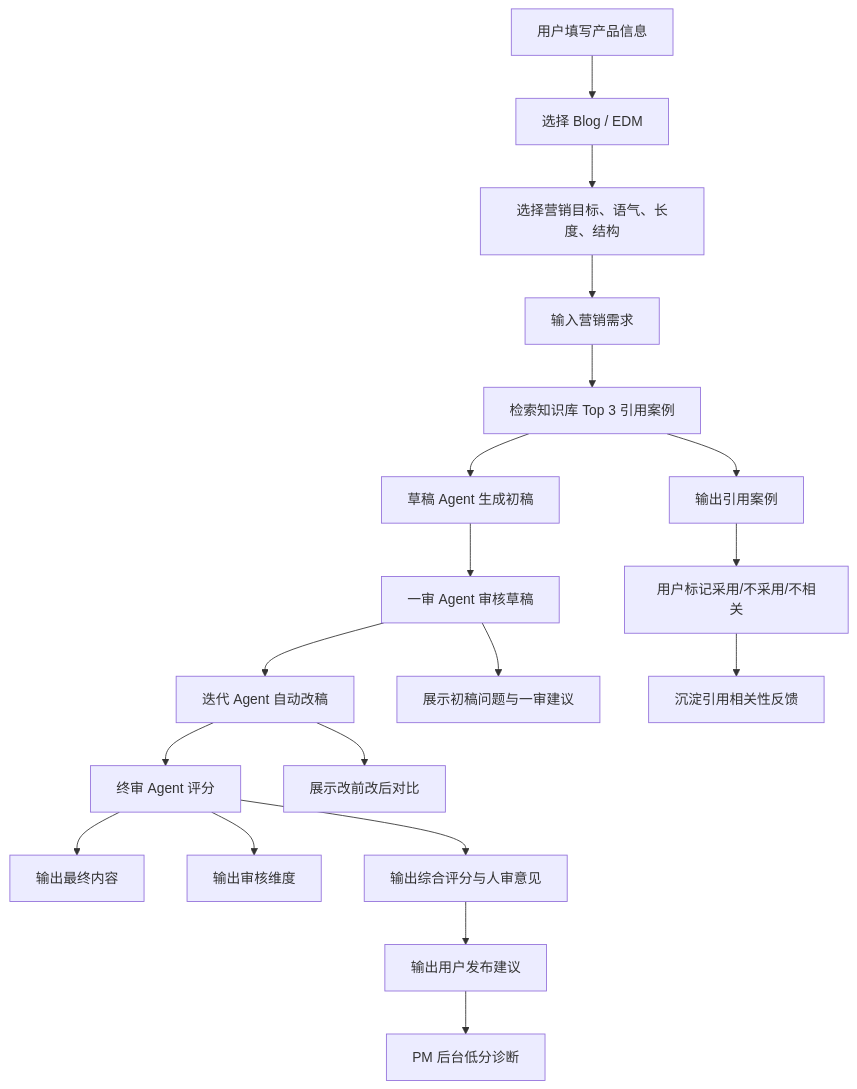
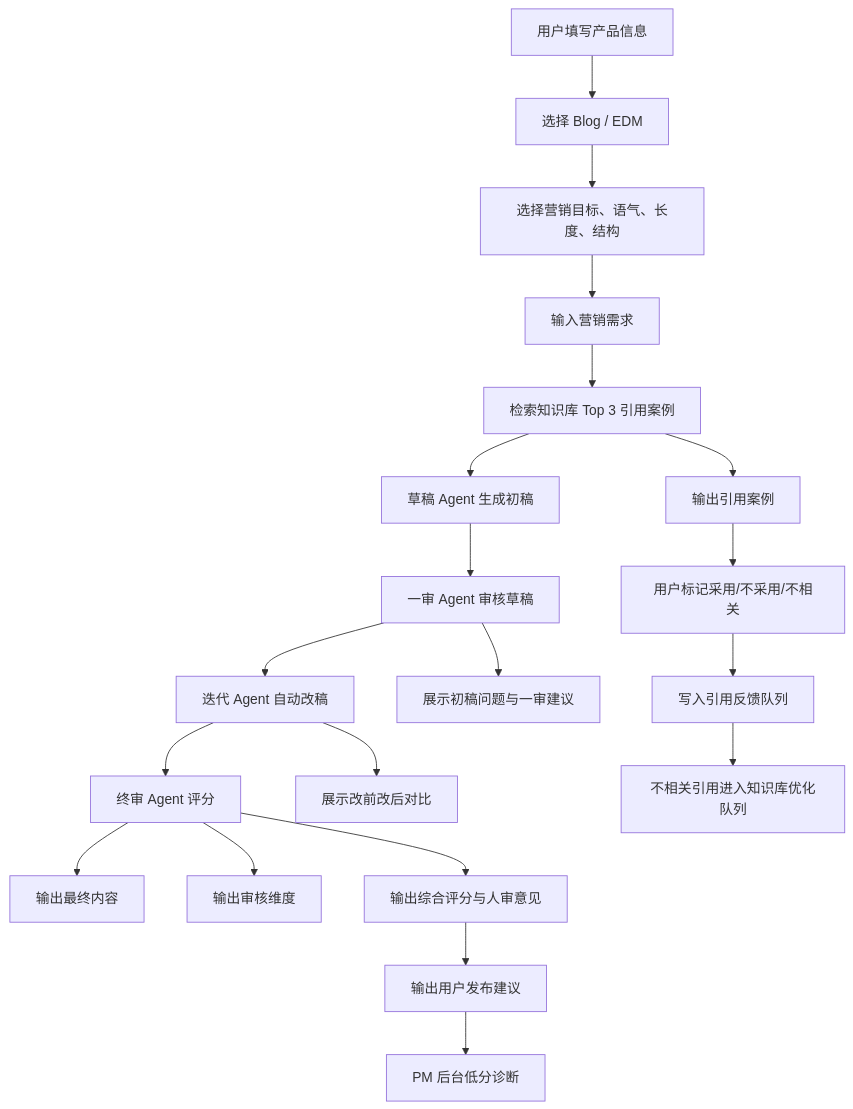
Before and after one commit to iamnotalle/AI-keyboard-marketing-platform-v2: the first of 2 diagrams in docs/USER_FLOW.md, drawn with Mermaid. The commit also changed other lines of this file and 5 other files, not shown here.

````diff
--- a/docs/USER_FLOW.md
+++ b/docs/USER_FLOW.md
@@ -5,21 +5,22 @@
 ```mermaid
 flowchart TD
     A["用户填写产品信息"] --> B["选择 Blog / EDM"]
     B --> C["选择营销目标、语气、长度、结构"]
     C --> D["输入营销需求"]
     D --> E["检索知识库 Top 3 引用案例"]
     E --> F["草稿 Agent 生成初稿"]
     F --> G["一审 Agent 审核草稿"]
     G --> H["迭代 Agent 自动改稿"]
     H --> I["终审 Agent 评分"]
     I --> J["输出最终内容"]
     I --> K["输出审核维度"]
     I --> L["输出综合评分与人审意见"]
     L --> R["输出用户发布建议"]
     R --> S["PM 后台低分诊断"]
     E --> M["输出引用案例"]
     M --> N["用户标记采用/不采用/不相关"]
-    N --> O["沉淀引用相关性反馈"]
+    N --> O["写入引用反馈队列"]
+    O --> T["不相关引用进入知识库优化队列"]
     G --> P["展示初稿问题与一审建议"]
     H --> Q["展示改前改后对比"]
 ```
````
